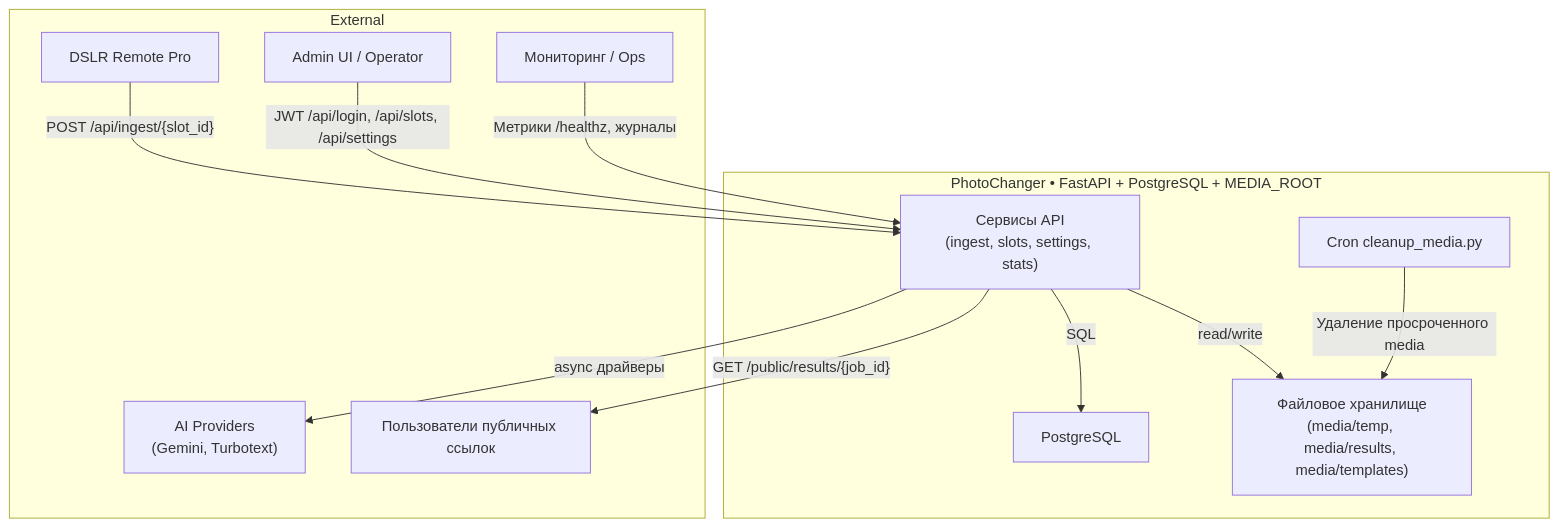
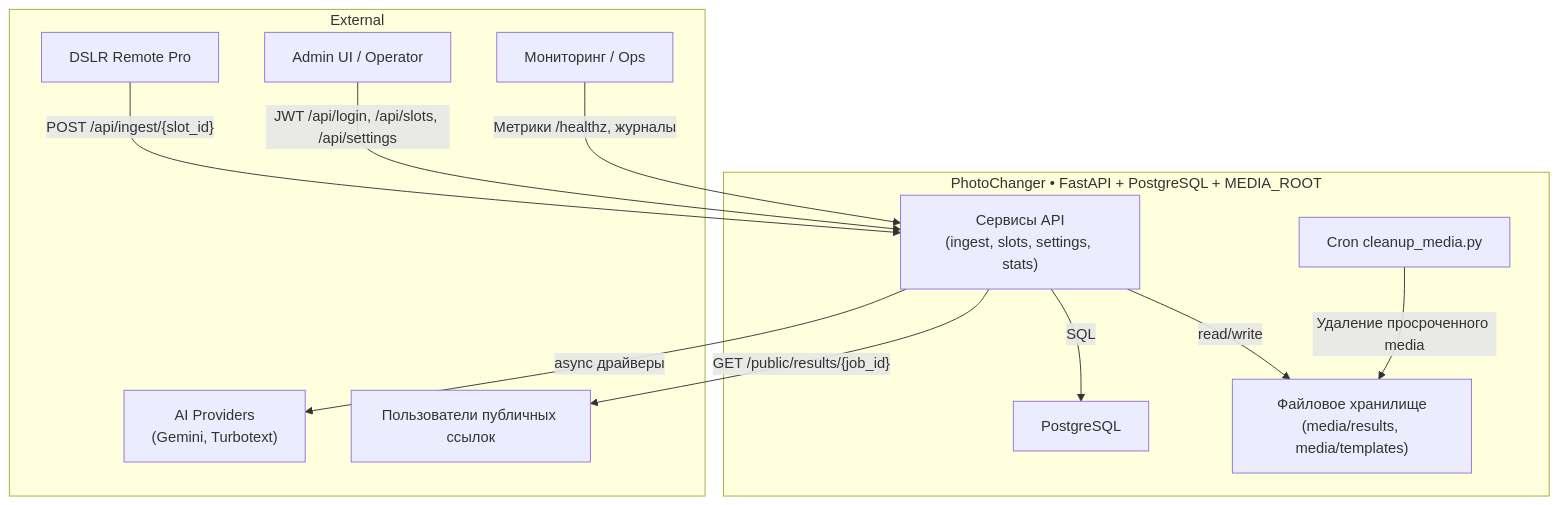
Before and after one commit to nicelight/PhotoChanger_25: the diagram in spec/diagrams/c4-context.mmd, drawn with Mermaid. The commit also changed 60 other files, not shown here.

```diff
--- a/spec/diagrams/c4-context.mmd
+++ b/spec/diagrams/c4-context.mmd
@@ -1,24 +1,24 @@
 graph TD
     subgraph External
         DSLR["DSLR Remote Pro"]
         Admin["Admin UI / Operator"]
         Providers["AI Providers\n(Gemini, Turbotext)"]
         Public["Пользователи публичных ссылок"]
         Ops["Мониторинг / Ops"]
     end
 
     subgraph PhotoChanger["PhotoChanger • FastAPI + PostgreSQL + MEDIA_ROOT"]
         API["Сервисы API\n(ingest, slots, settings, stats)"]
         DB["PostgreSQL"]
-        Media["Файловое хранилище\n(media/temp, media/results, media/templates)"]
+        Media["Файловое хранилище\n(media/results, media/templates)"]
         Cron["Cron cleanup_media.py"]
     end
 
     DSLR -->|"POST /api/ingest/{slot_id}"| API
     Admin -->|"JWT /api/login, /api/slots, /api/settings"| API
     API -->|"async драйверы"| Providers
     API -->|"read/write"| Media
     API -->|"SQL"| DB
     API -->|"GET /public/results/{job_id}"| Public
     Cron -->|"Удаление просроченного media"| Media
     Ops -->|"Метрики /healthz, журналы"| API
```
